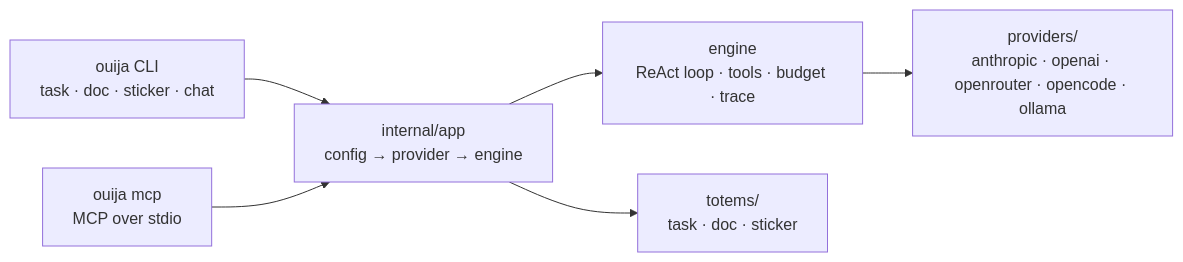
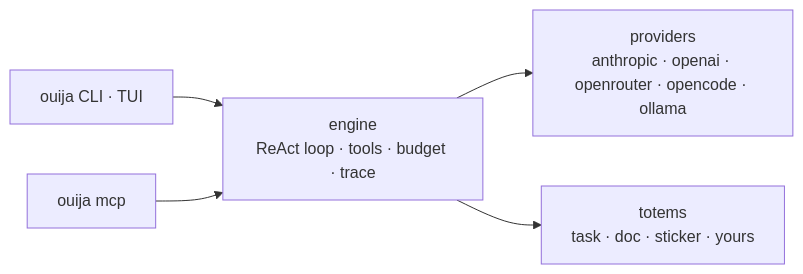
Before and after one commit to discorgento/ouija: the diagram in README.md, drawn with Mermaid. The commit also changed other lines of this file, not shown here.

````diff
--- a/README.md
+++ b/README.md
@@ -24,8 +25,7 @@
 ```mermaid
 flowchart LR
-    CLI["ouija CLI<br/>task · doc · sticker · chat"] --> APP["internal/app<br/>config → provider → engine"]
-    MCP["ouija mcp<br/>MCP over stdio"] --> APP
-    APP --> ENG["engine<br/>ReAct loop · tools · budget · trace"]
-    ENG --> PROV["providers/<br/>anthropic · openai · openrouter · opencode · ollama"]
-    APP --> TOTEMS["totems/<br/>task · doc · sticker"]
+    CLI["ouija CLI · TUI"] --> ENG["engine<br/>ReAct loop · tools · budget · trace"]
+    MCP["ouija mcp"] --> ENG
+    ENG --> PROV["providers<br/>anthropic · openai · openrouter · opencode · ollama"]
+    ENG --> TOTEMS["totems<br/>task · doc · sticker · yours"]
 ```
````
